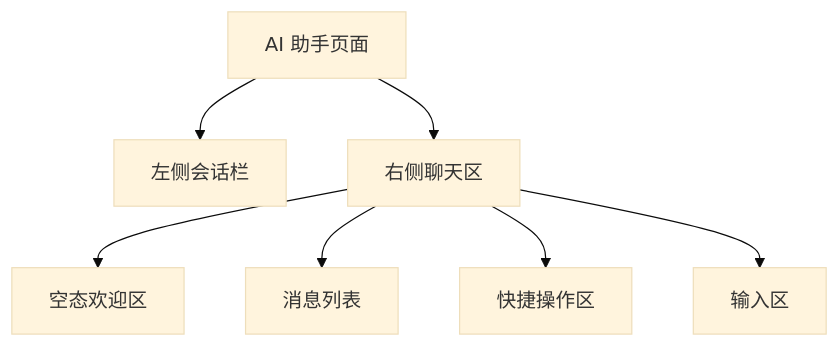
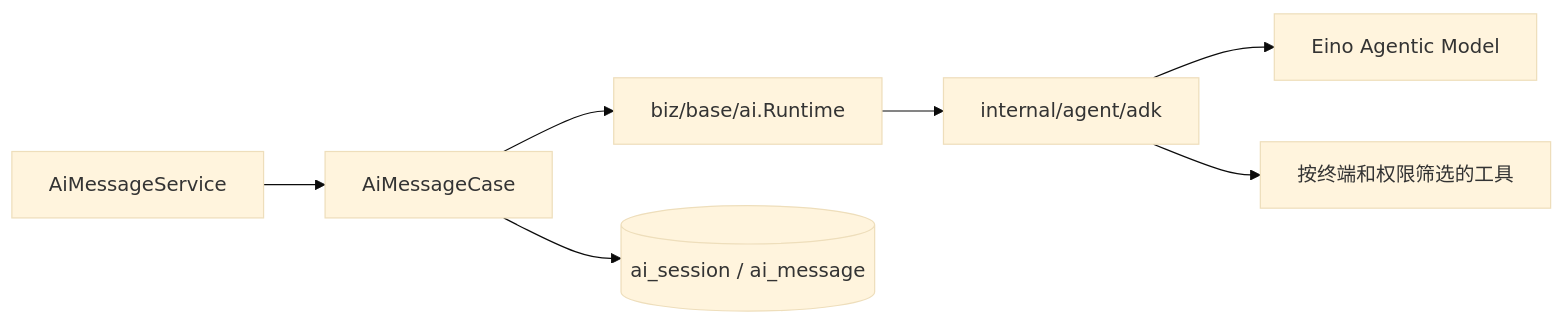
Before and after one commit to liujitcn/kratos-admin: the diagram in docs/AI助手设计.md, drawn with Mermaid (base theme). The commit also changed other lines of this file and 64 other files, not shown here.

````diff
--- a/docs/AI助手设计.md
+++ b/docs/AI助手设计.md
@@ -55,9 +29,9 @@
-~~~mermaid
-flowchart TB
-  Page["AI 助手页面"] --> Session["左侧会话栏"]
-  Page --> Chat["右侧聊天区"]
-  Chat --> Empty["空态欢迎区"]
-  Chat --> Messages["消息列表"]
-  Chat --> Quick["快捷操作区"]
-  Chat --> Sender["输入区"]
-~~~
+```mermaid
+flowchart LR
+  API["AiMessageService"] --> Case["AiMessageCase"]
+  Case --> Runtime["biz/base/ai.Runtime"]
+  Runtime --> ADK["internal/agent/adk"]
+  ADK --> Model["Eino Agentic Model"]
+  ADK --> Tools["按终端和权限筛选的工具"]
+  Case --> DB[("ai_session / ai_message")]
+```
````
